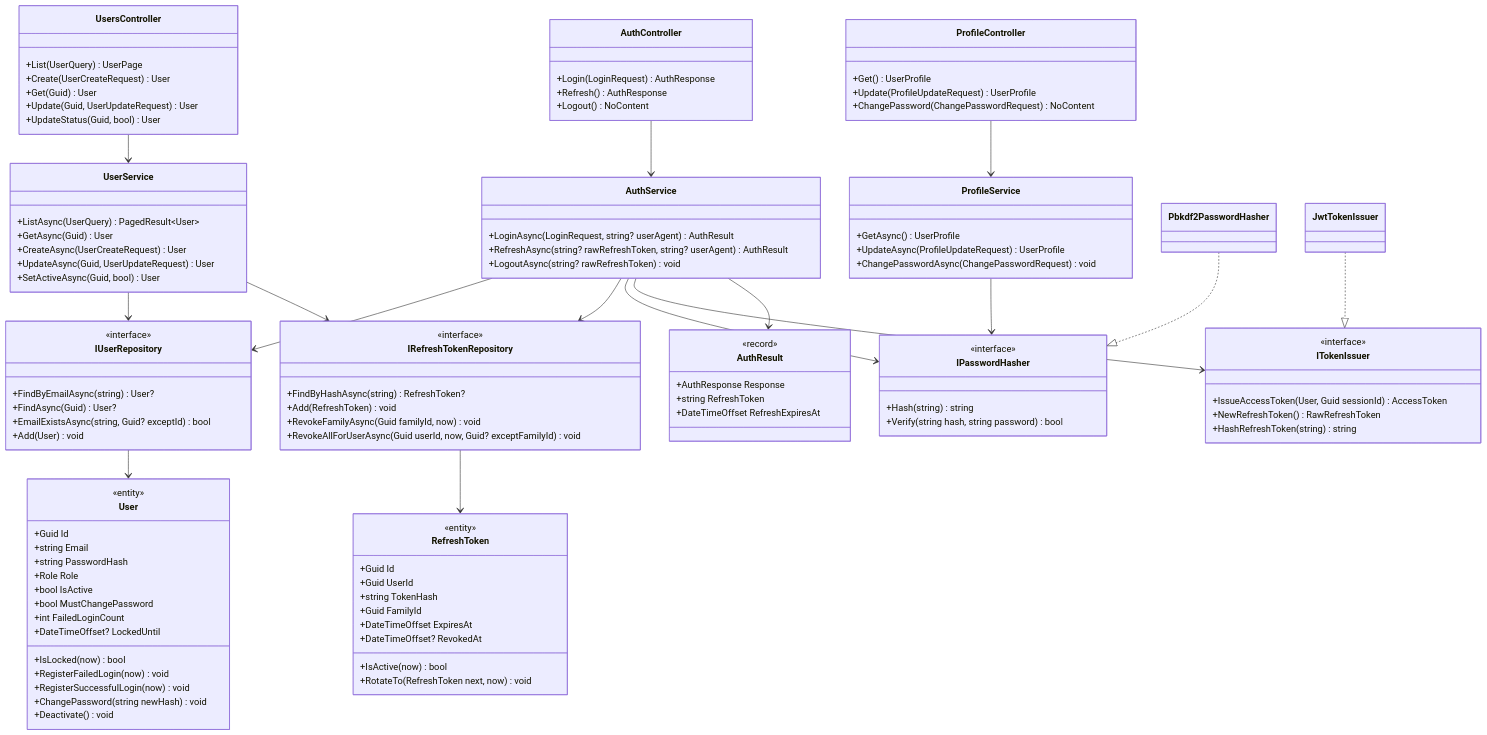
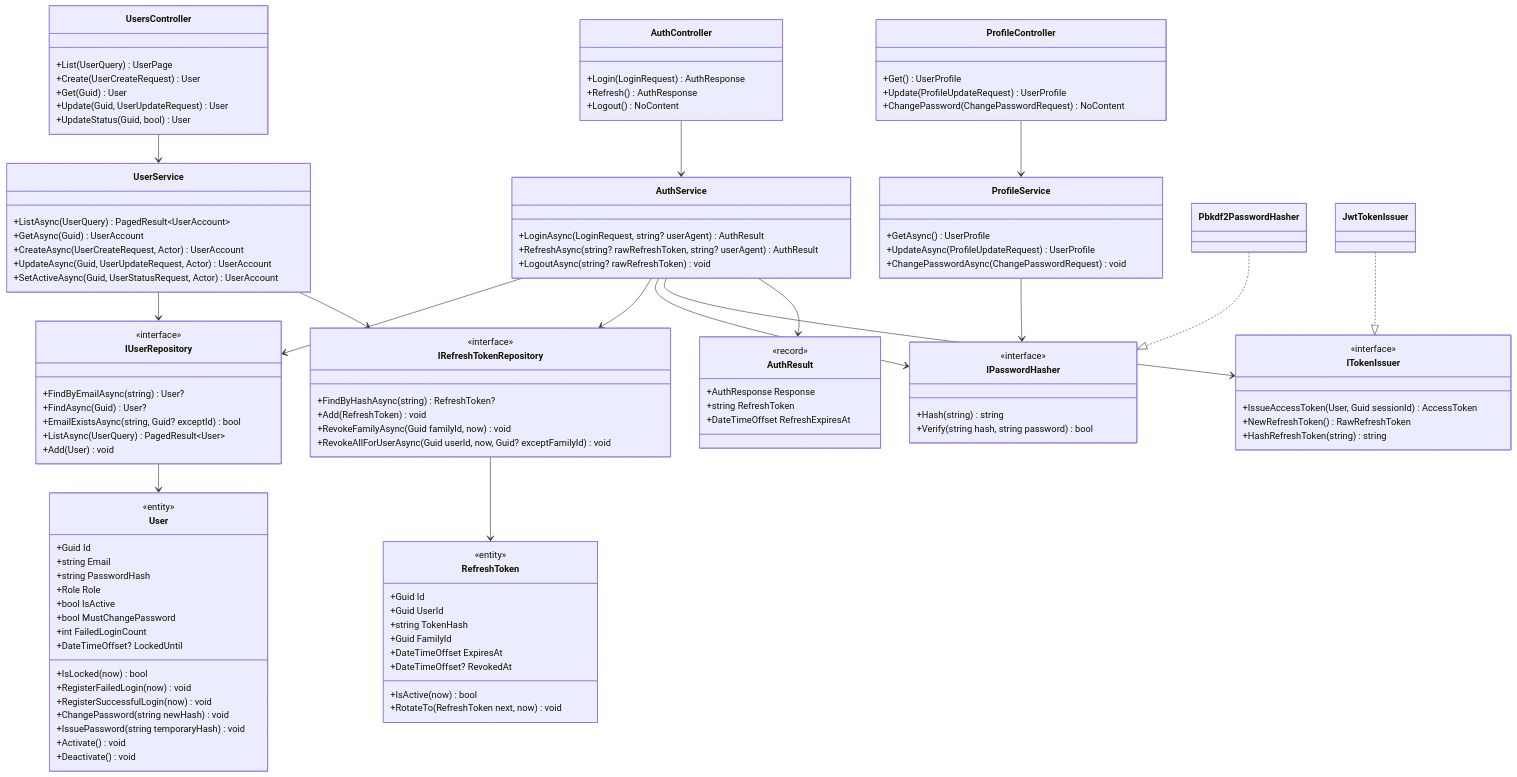
One commit to duongk18FPTU/recruitment-ats changed the second of 11 diagrams in docs/10-class-design.md. Above: the diagram before and after it, drawn with Mermaid. The commit also changed other lines of this file and 49 other files, not shown here.

First line of the commit message:
Add US20 manage users: Admin-only list, create, edit, lock / unlock, and reissued temporary passwords

```diff
--- a/docs/10-class-design.md
+++ b/docs/10-class-design.md
@@ -135,11 +135,11 @@
         +LogoutAsync(string? rawRefreshToken) void
     }
     class UserService {
-        +ListAsync(UserQuery) PagedResult~User~
-        +GetAsync(Guid) User
-        +CreateAsync(UserCreateRequest) User
-        +UpdateAsync(Guid, UserUpdateRequest) User
-        +SetActiveAsync(Guid, bool) User
+        +ListAsync(UserQuery) PagedResult~UserAccount~
+        +GetAsync(Guid) UserAccount
+        +CreateAsync(UserCreateRequest, Actor) UserAccount
+        +UpdateAsync(Guid, UserUpdateRequest, Actor) UserAccount
+        +SetActiveAsync(Guid, UserStatusRequest, Actor) UserAccount
     }
     class ProfileService {
         +GetAsync() UserProfile
@@ -166,6 +166,8 @@
         +RegisterFailedLogin(now) void
         +RegisterSuccessfulLogin(now) void
         +ChangePassword(string newHash) void
+        +IssuePassword(string temporaryHash) void
+        +Activate() void
         +Deactivate() void
     }
     class RefreshToken {
@@ -184,6 +186,7 @@
         +FindByEmailAsync(string) User?
         +FindAsync(Guid) User?
         +EmailExistsAsync(string, Guid? exceptId) bool
+        +ListAsync(UserQuery) PagedResult~User~
         +Add(User) void
     }
     class IRefreshTokenRepository {
```
